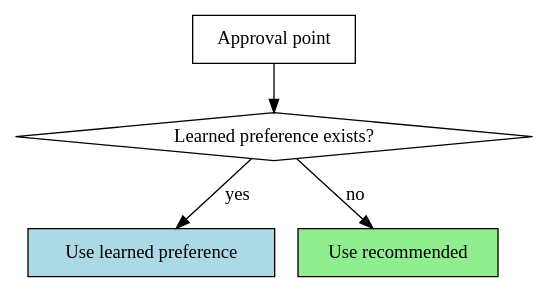
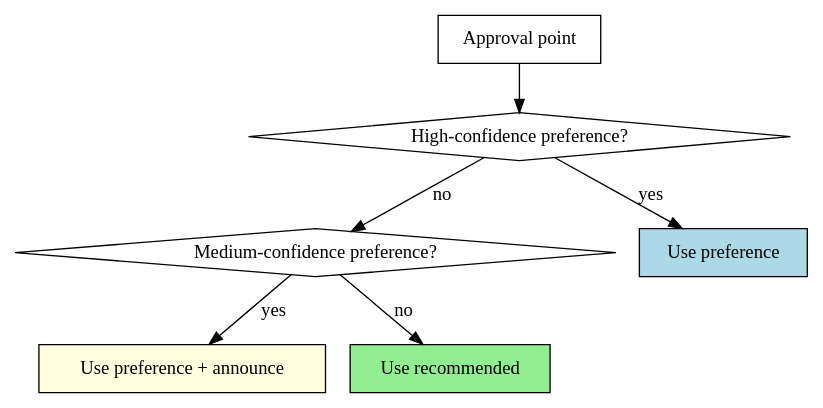
One commit to joe888777/autopilot-skill changed the first of 2 diagrams in SKILL.md. Above: the diagram before and after it, drawn with Graphviz. The commit also changed other lines of this file and 2 other files, not shown here.

First line of the commit message:
Add modes (full/partial/off), generic skill support, confidence-based learning, session log

````diff
--- a/SKILL.md
+++ b/SKILL.md
@@ -58,12 +104,16 @@
 ```dot
 digraph learning_flow {
     "Approval point" [shape=box];
-    "Learned preference exists?" [shape=diamond];
-    "Use learned preference" [shape=box, style=filled, fillcolor=lightblue];
+    "High-confidence preference?" [shape=diamond];
+    "Medium-confidence preference?" [shape=diamond];
+    "Use preference" [shape=box, style=filled, fillcolor=lightblue];
+    "Use preference + announce" [shape=box, style=filled, fillcolor=lightyellow];
     "Use recommended" [shape=box, style=filled, fillcolor=lightgreen];
 
-    "Approval point" -> "Learned preference exists?";
-    "Learned preference exists?" -> "Use learned preference" [label="yes"];
-    "Learned preference exists?" -> "Use recommended" [label="no"];
+    "Approval point" -> "High-confidence preference?";
+    "High-confidence preference?" -> "Use preference" [label="yes"];
+    "High-confidence preference?" -> "Medium-confidence preference?" [label="no"];
+    "Medium-confidence preference?" -> "Use preference + announce" [label="yes"];
+    "Medium-confidence preference?" -> "Use recommended" [label="no"];
 }
 ```
````
